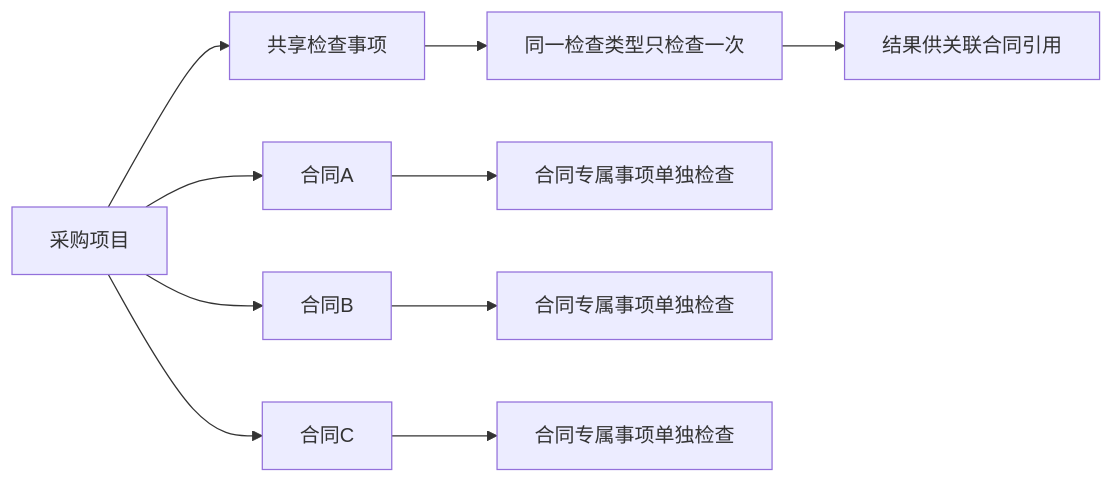
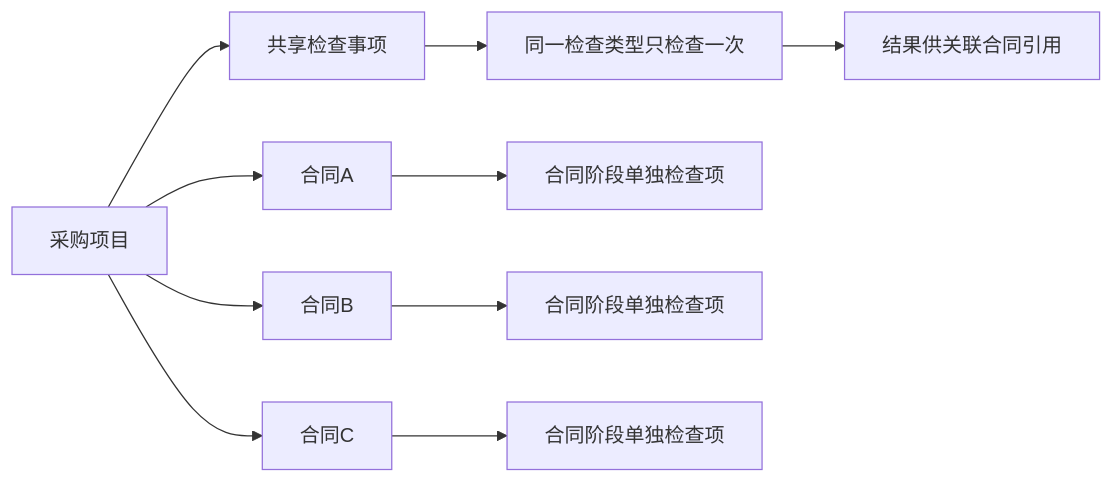
The third of 16 diagrams in axureMake/docs/四局一单一检/prd.md (LRainD/LRainD.github.io), drawn with Mermaid before and after one commit. The commit also changed other lines of this file and 25 other files, not shown here.

````diff
--- a/axureMake/docs/四局一单一检/prd.md
+++ b/axureMake/docs/四局一单一检/prd.md
@@ -362,13 +323,13 @@
 ```mermaid
 flowchart LR
     PROJECT[采购项目] --> SHARED[共享检查事项]
     SHARED --> ONCE[同一检查类型只检查一次]
     ONCE --> REF[结果供关联合同引用]
 
     PROJECT --> CA[合同A]
     PROJECT --> CB[合同B]
     PROJECT --> CC[合同C]
-    CA --> IA[合同专属事项单独检查]
-    CB --> IB[合同专属事项单独检查]
-    CC --> IC[合同专属事项单独检查]
+    CA --> IA[合同阶段单独检查项]
+    CB --> IB[合同阶段单独检查项]
+    CC --> IC[合同阶段单独检查项]
 ```
````
